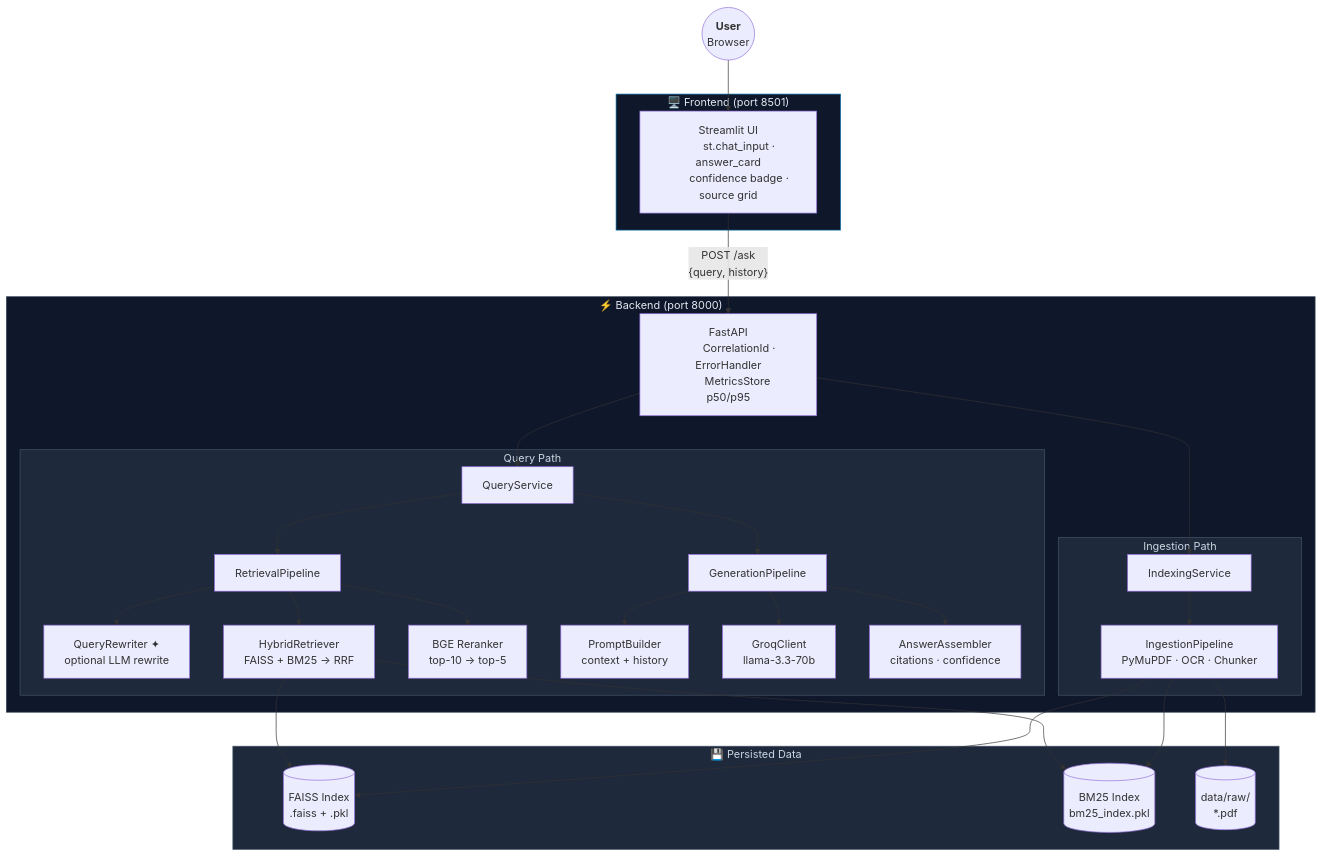
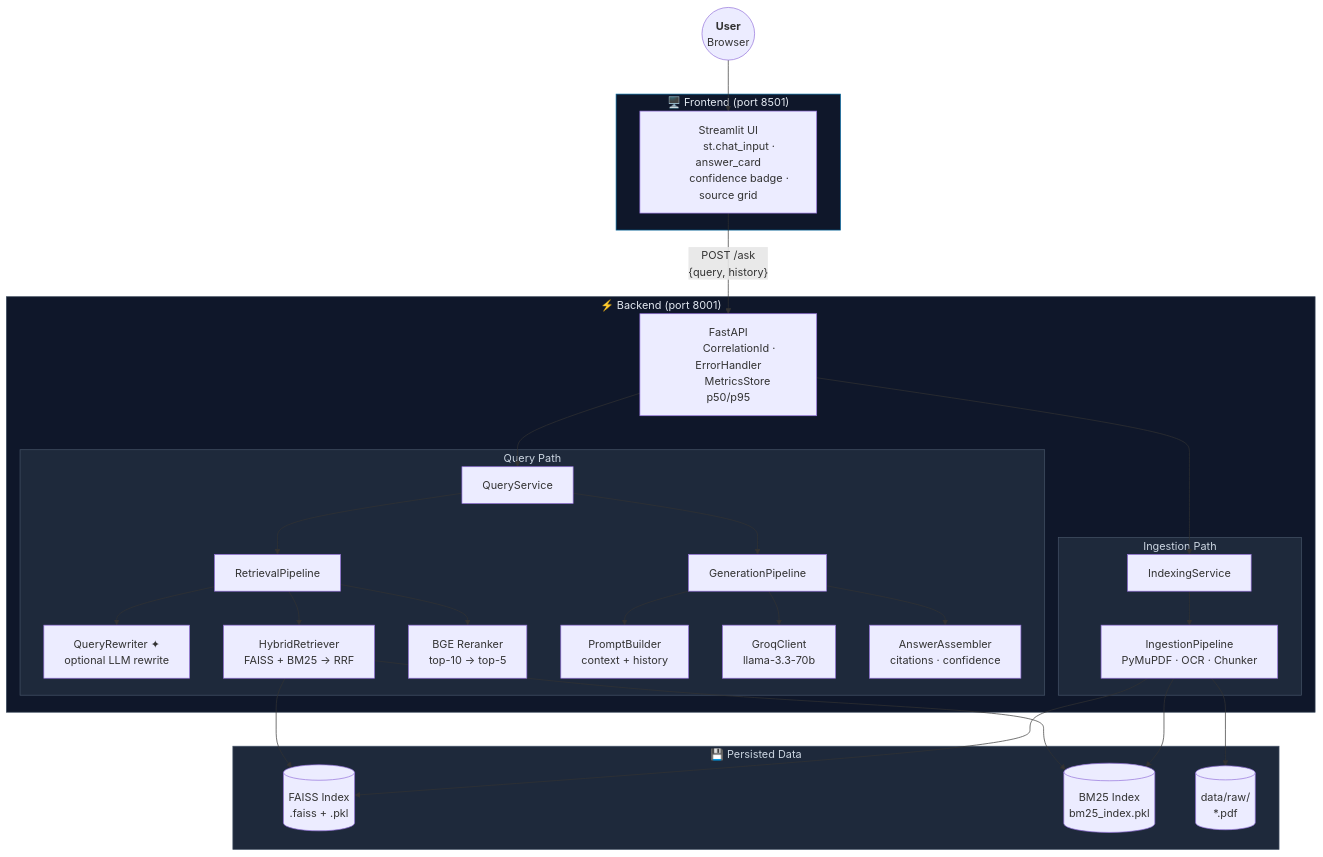
Before and after one commit to 0DevDutt0/enterprise-knowledge-assistant: the first of 3 diagrams in README.md, drawn with Mermaid. The commit also changed other lines of this file, not shown here.

````diff
--- a/README.md
+++ b/README.md
@@ -68,68 +74,68 @@
 ```mermaid
 flowchart TD
     User(("`**User**
     Browser`")) --> UI
 
     subgraph Frontend["🖥️  Frontend  (port 8501)"]
         UI["Streamlit UI
         st.chat_input · answer_card
         confidence badge · source grid"]
     end
 
     UI -->|"POST /ask
     {query, history}"| API
 
-    subgraph Backend["⚡  Backend  (port 8000)"]
+    subgraph Backend["⚡  Backend  (port 8001)"]
         API["FastAPI
         CorrelationId · ErrorHandler
         MetricsStore  p50/p95"]
 
         API --> QS["QueryService"]
         API --> IS["IndexingService"]
 
         subgraph Query["Query Path"]
             QS --> RP["RetrievalPipeline"]
             QS --> GP["GenerationPipeline"]
 
             RP --> QR["QueryRewriter ✦
             optional LLM rewrite"]
             RP --> HR["HybridRetriever
             FAISS + BM25 → RRF"]
             RP --> RR["BGE Reranker
             top-10 → top-5"]
 
             GP --> PB["PromptBuilder
             context + history"]
             GP --> GR["GroqClient
             llama-3.3-70b"]
             GP --> AA["AnswerAssembler
             citations · confidence"]
         end
 
         subgraph Ingest["Ingestion Path"]
             IS --> IP["IngestionPipeline
             PyMuPDF · OCR · Chunker"]
         end
     end
 
     subgraph Data["💾  Persisted Data"]
         FAISS[("FAISS Index
         .faiss + .pkl")]
         BM25[("BM25 Index
         bm25_index.pkl")]
         RAW[("data/raw/
         *.pdf")]
     end
 
     HR --> FAISS
     HR --> BM25
     IP --> FAISS
     IP --> BM25
     IP --> RAW
 
     style Frontend fill:#0F172A,stroke:#0369A1,color:#E2E8F0
     style Backend fill:#0F172A,stroke:#334155,color:#E2E8F0
     style Query fill:#1E293B,stroke:#475569,color:#CBD5E1
     style Ingest fill:#1E293B,stroke:#475569,color:#CBD5E1
     style Data fill:#1E293B,stroke:#475569,color:#CBD5E1
 ```
````
